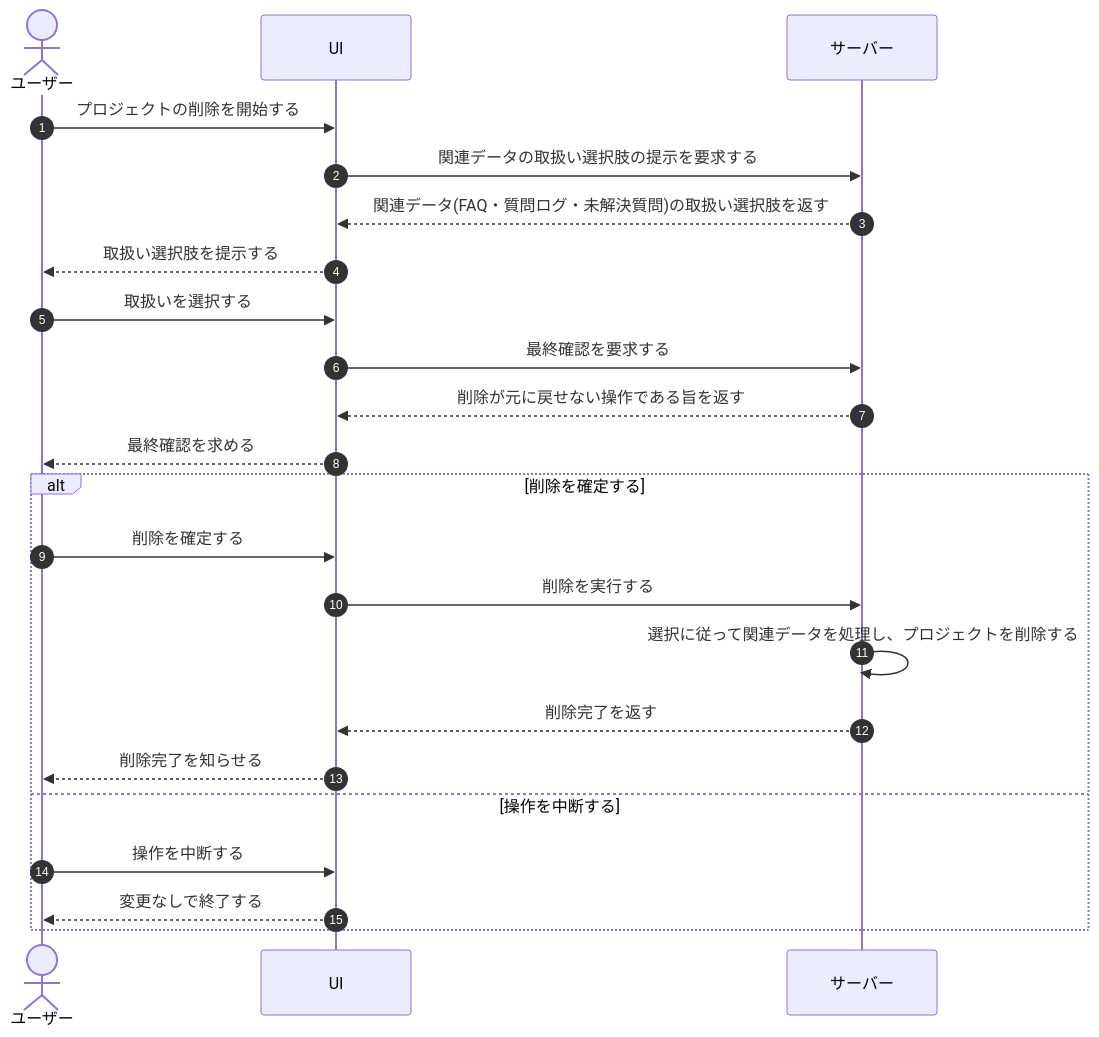
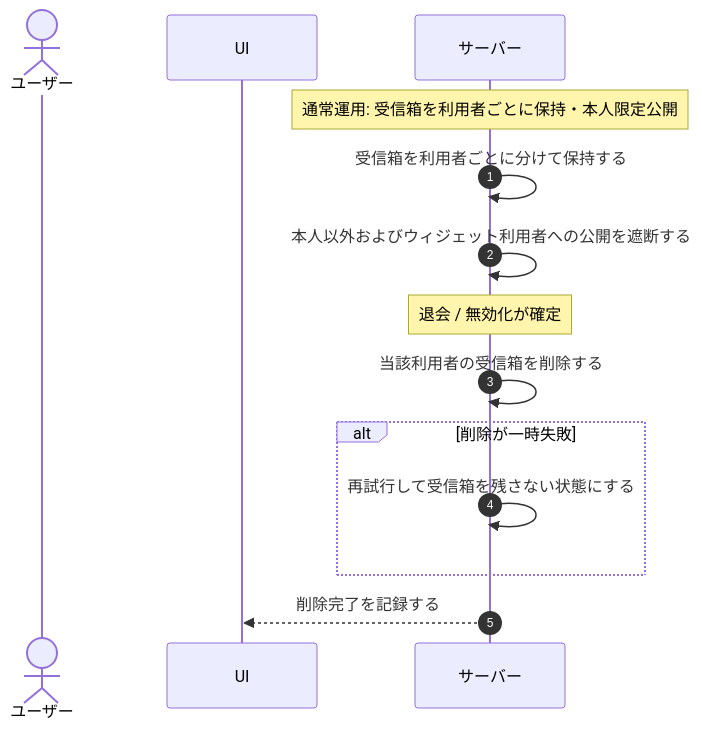
Before and after one commit to sikakou54/open-faq: the diagram in 01_requirements/04_business_usecases/UC-079.md, drawn with Mermaid. The commit also changed other lines of this file and 395 other files, not shown here.

````diff
--- a/01_requirements/04_business_usecases/UC-079.md
+++ b/01_requirements/04_business_usecases/UC-079.md
@@ -26,25 +25,16 @@
 ```mermaid
 sequenceDiagram
   autonumber
   actor U as ユーザー
   participant UI as UI
   participant S as サーバー
-  U->>UI: プロジェクトの削除を開始する
-  UI->>S: 関連データの取扱い選択肢の提示を要求する
-  S-->>UI: 関連データ(FAQ・質問ログ・未解決質問)の取扱い選択肢を返す
-  UI-->>U: 取扱い選択肢を提示する
-  U->>UI: 取扱いを選択する
-  UI->>S: 最終確認を要求する
-  S-->>UI: 削除が元に戻せない操作である旨を返す
-  UI-->>U: 最終確認を求める
-  alt 削除を確定する
-    U->>UI: 削除を確定する
-    UI->>S: 削除を実行する
-    S->>S: 選択に従って関連データを処理し、プロジェクトを削除する
-    S-->>UI: 削除完了を返す
-    UI-->>U: 削除完了を知らせる
-  else 操作を中断する
-    U->>UI: 操作を中断する
-    UI-->>U: 変更なしで終了する
+  Note over S: 通常運用: 受信箱を利用者ごとに保持・本人限定公開
+  S->>S: 受信箱を利用者ごとに分けて保持する
+  S->>S: 本人以外およびウィジェット利用者への公開を遮断する
+  Note over S: 退会 / 無効化が確定
+  S->>S: 当該利用者の受信箱を削除する
+  alt 削除が一時失敗
+    S->>S: 再試行して受信箱を残さない状態にする
   end
+  S-->>UI: 削除完了を記録する
 ```
````
